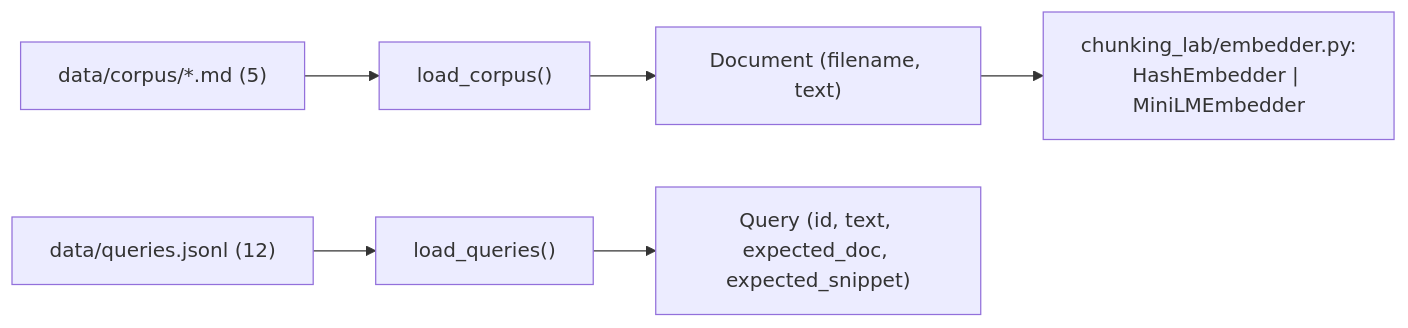
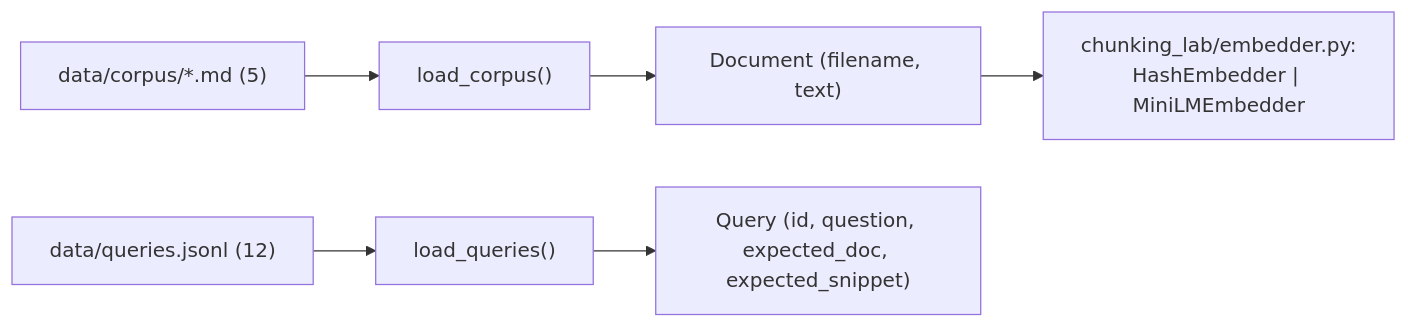
One commit to jt-mchorse/chunking-strategies-lab changed the second of 5 diagrams in docs/architecture.md. Above: the diagram before and after it, drawn with Mermaid. The commit also changed other lines of this file and 3 other files, not shown here.

First line of the commit message:
docs(architecture): correct mermaid node-label field names + lock them to dataclass fields (#122) (#123)

````diff
--- a/docs/architecture.md
+++ b/docs/architecture.md
@@ -57,8 +57,8 @@
 ```mermaid
 flowchart LR
     F["data/corpus/*.md (5)"] --> CL["load_corpus()"]
     Q["data/queries.jsonl (12)"] --> QL["load_queries()"]
     CL --> Doc["Document (filename, text)"]
-    QL --> Quer["Query (id, text, expected_doc, expected_snippet)"]
+    QL --> Quer["Query (id, question, expected_doc, expected_snippet)"]
     Doc --> E["chunking_lab/embedder.py:<br/>HashEmbedder | MiniLMEmbedder"]
 ```
````
